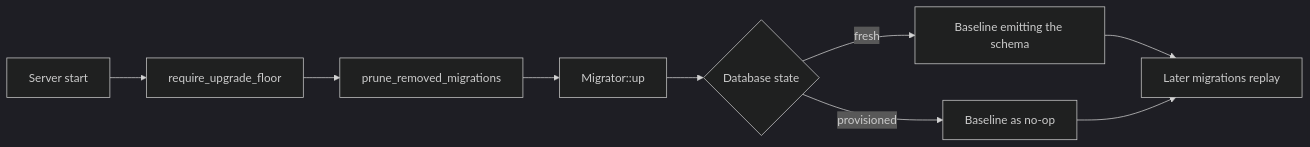
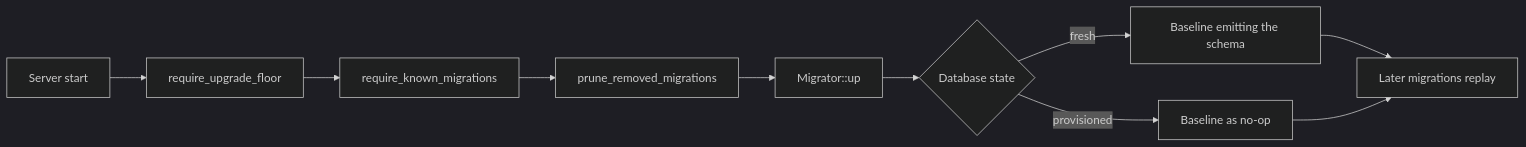
One commit to wavelens/gradient changed the diagram in docs/src/contributors/migrations.md. Above: the diagram before and after it, drawn with Mermaid (dark theme). The commit also changed other lines of this file and 3 other files, not shown here.

````diff
--- a/docs/src/contributors/migrations.md
+++ b/docs/src/contributors/migrations.md
@@ -5,11 +5,12 @@
 ```mermaid
 flowchart LR
     start[Server start] --> f[require_upgrade_floor]
-    f --> prune[prune_removed_migrations]
+    f --> known[require_known_migrations]
+    known --> prune[prune_removed_migrations]
     prune --> up["Migrator::up"]
     up --> baseline{Database state}
     baseline -->|fresh| schema[Baseline emitting the schema]
     baseline -->|provisioned| noop[Baseline as no-op]
     schema --> later[Later migrations replay]
     noop --> later
 ```
````
